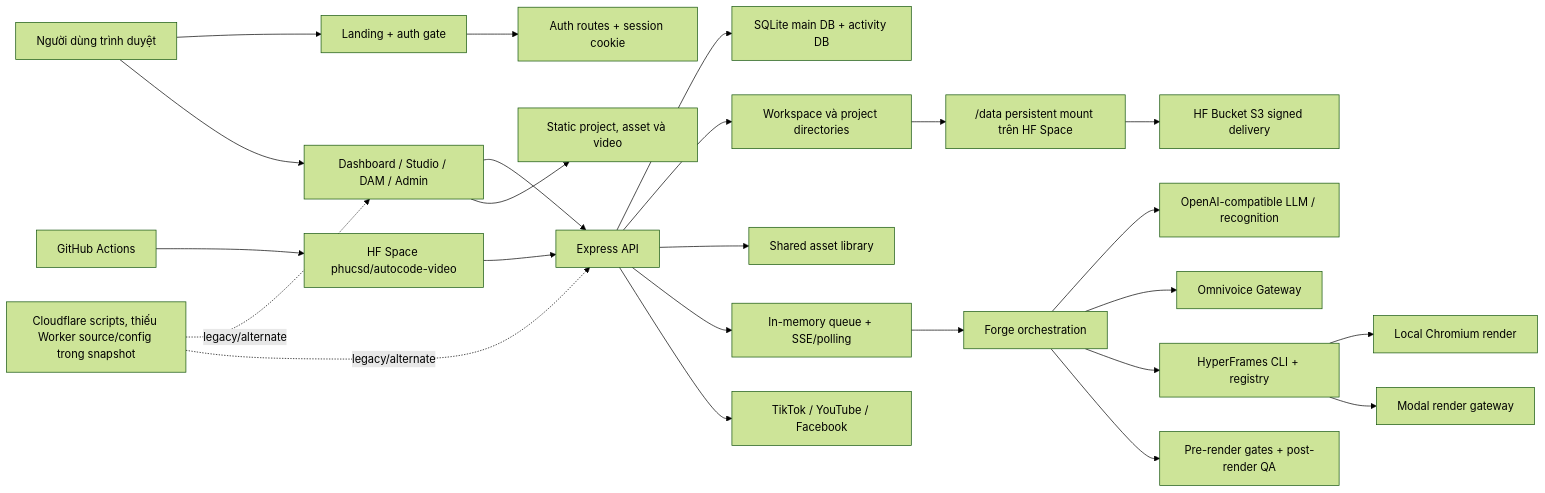
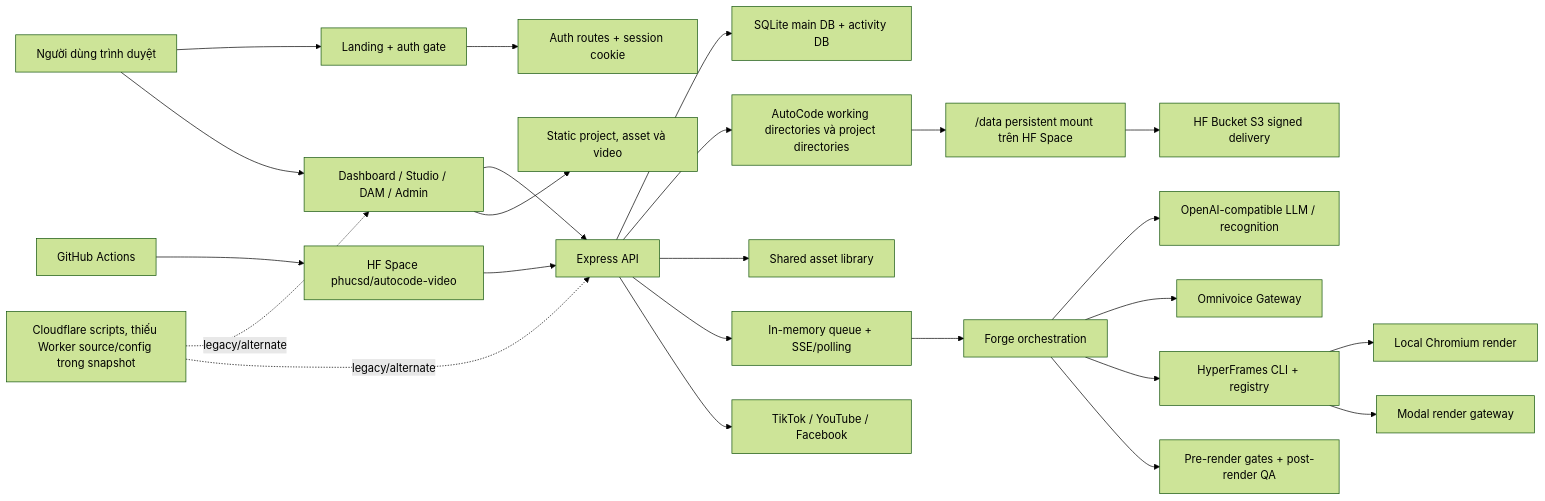
The diagram in docs/reference/CURRENT_SYSTEM_MAP.md (phucsd1/Oloka_Video), drawn with Mermaid (forest theme) before and after one commit. The commit also changed other lines of this file and 9 other files, not shown here.

````diff
--- a/docs/reference/CURRENT_SYSTEM_MAP.md
+++ b/docs/reference/CURRENT_SYSTEM_MAP.md
@@ -23,30 +51,30 @@
 ```mermaid
 flowchart LR
     U["Người dùng trình duyệt"] --> LP["Landing + auth gate"]
     U --> UI["Dashboard / Studio / DAM / Admin"]
     LP --> AUTH["Auth routes + session cookie"]
     UI --> API["Express API"]
     UI --> STATIC["Static project, asset và video"]
 
     API --> SQL["SQLite main DB + activity DB"]
-    API --> FS["Workspace và project directories"]
+    API --> FS["AutoCode working directories và project directories"]
     API --> LIB["Shared asset library"]
     API --> Q["In-memory queue + SSE/polling"]
 
     Q --> FORGE["Forge orchestration"]
     FORGE --> LLM["OpenAI-compatible LLM / recognition"]
     FORGE --> TTS["Omnivoice Gateway"]
     FORGE --> HFCLI["HyperFrames CLI + registry"]
     FORGE --> QC["Pre-render gates + post-render QA"]
     HFCLI --> LOCAL["Local Chromium render"]
     HFCLI --> MODAL["Modal render gateway"]
 
     FS --> MOUNT["/data persistent mount trên HF Space"]
     MOUNT --> HFCDN["HF Bucket S3 signed delivery"]
     API --> SOCIAL["TikTok / YouTube / Facebook"]
 
     GHA["GitHub Actions"] --> HFSPACE["HF Space phucsd/autocode-video"]
     HFSPACE --> API
     CF["Cloudflare scripts, thiếu Worker source/config trong snapshot"] -. legacy/alternate .-> UI
     CF -. legacy/alternate .-> API
 ```
````
